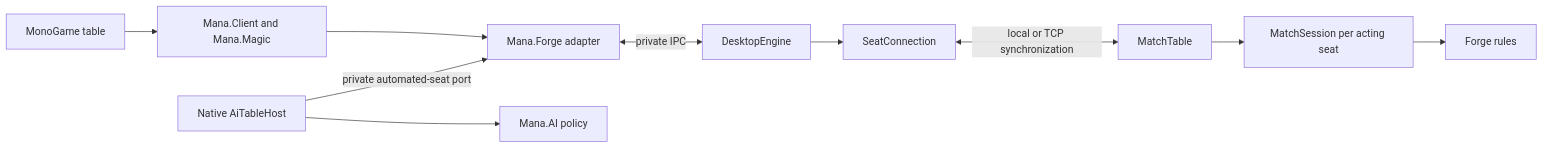
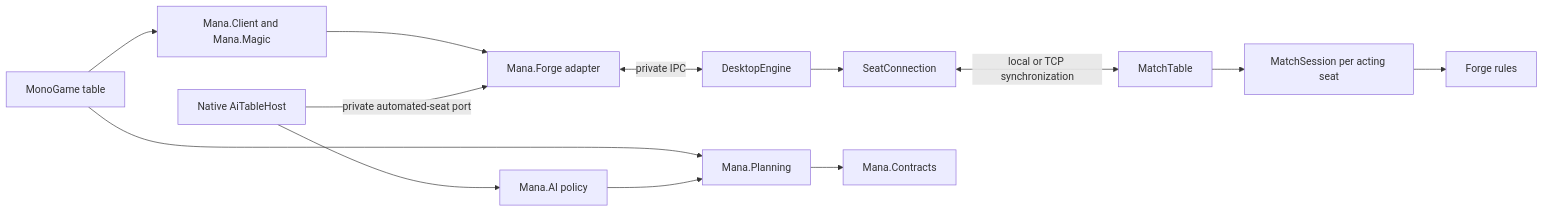
Before and after one commit to proflayton/Mana-Table: the second of 2 diagrams in docs/Development/Mana-Table-Architecture.md, drawn with Mermaid. The commit also changed other lines of this file and 70 other files, not shown here.

Commit message:
Share scoped mana planning and show source-linked payment costs

````diff
--- a/docs/Development/Mana-Table-Architecture.md
+++ b/docs/Development/Mana-Table-Architecture.md
@@ -1553,12 +1590,15 @@
 ```mermaid
 flowchart LR
     Native[MonoGame table] --> Client[Mana.Client and Mana.Magic]
+    Native --> Planning[Mana.Planning]
     Client --> Adapter[Mana.Forge adapter]
     Adapter <-->|private IPC| Host[DesktopEngine]
     Host --> Connection[SeatConnection]
     Connection <-->|local or TCP synchronization| Table[MatchTable]
     Table --> Seats[MatchSession per acting seat]
     BotHost[Native AiTableHost] --> Policy[Mana.AI policy]
+    Policy --> Planning
+    Planning --> Contracts[Mana.Contracts]
     BotHost -->|private automated-seat port| Adapter
     Seats --> Rules[Forge rules]
 ```
````
